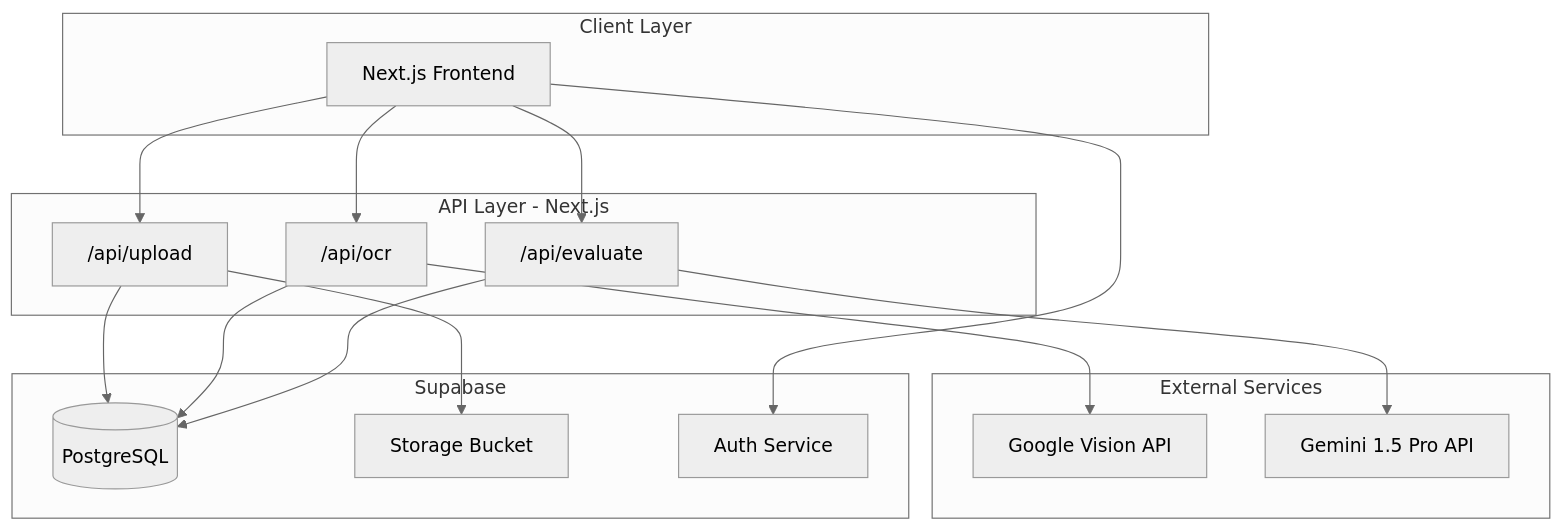
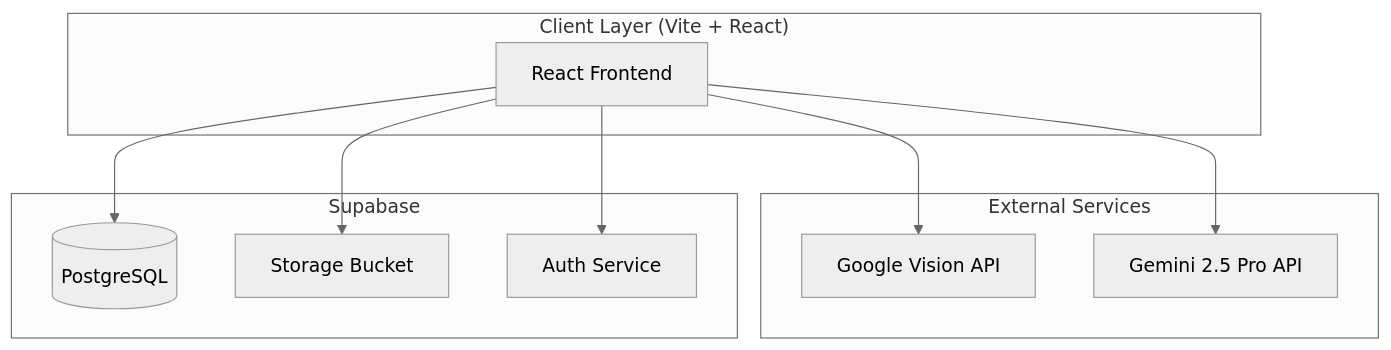
Before and after one commit to luisresende13/enem-essay-corrector: the diagram in README.md, drawn with Mermaid (neutral theme). The commit also changed other lines of this file and 104 other files, not shown here.

First line of the commit message:
feat: migrate from Next.js to Vite

````diff
--- a/README.md
+++ b/README.md
@@ -57,34 +59,23 @@
 ```mermaid
 graph TB
-    subgraph "Client Layer"
-        A[Next.js Frontend]
-    end
-
-    subgraph "API Layer - Next.js"
-        B["/api/upload"]
-        C["/api/ocr"]
-        D["/api/evaluate"]
+    subgraph "Client Layer (Vite + React)"
+        A[React Frontend]
     end
 
     subgraph "External Services"
         F[Google Vision API]
-        G[Gemini 1.5 Pro API]
+        G[Gemini 2.5 Pro API]
     end
 
     subgraph "Supabase"
         H[(PostgreSQL)]
         I[Storage Bucket]
         J[Auth Service]
     end
 
-    A --> B
-    A --> C
-    A --> D
-    B --> I
-    B --> H
-    C --> F
-    C --> H
-    D --> G
-    D --> H
+    A --> F
+    A --> G
+    A --> H
+    A --> I
     A --> J
 ```
````
